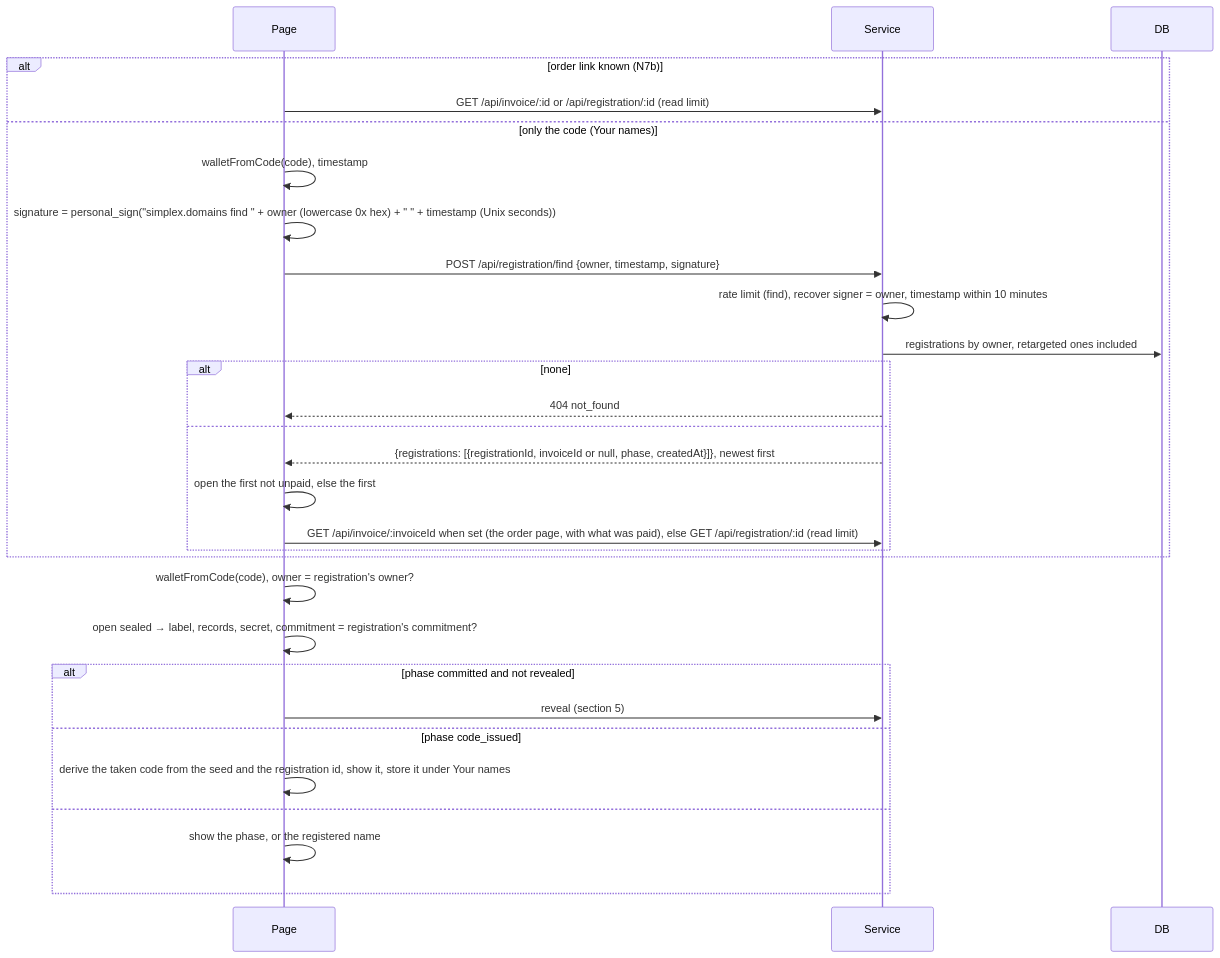
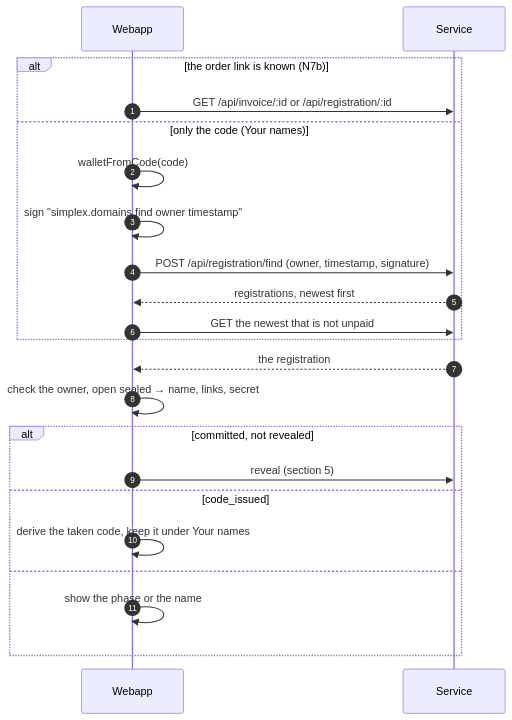
Before and after one commit to simplex-chat/simplex-chat: diagram 16 of 21 in plans/names-codes/2026-10-13-names-sequence.md, drawn with Mermaid. The commit also changed other lines of this file, not shown here.

Commit message:
plans: simpler names sequence diagrams

````diff
--- a/plans/names-codes/2026-10-13-names-sequence.md
+++ b/plans/names-codes/2026-10-13-names-sequence.md
@@ -306,31 +593,24 @@
 ```mermaid
 sequenceDiagram
-  participant Page
-  participant Service
-  participant DB
-  alt order link known (N7b)
-    Page->>Service: GET /api/invoice/:id or /api/registration/:id (read limit)
+  autonumber
+  participant W as Webapp
+  participant S as Service
+  alt the order link is known (N7b)
+    W->>S: GET /api/invoice/:id or /api/registration/:id
   else only the code (Your names)
-    Page->>Page: walletFromCode(code), timestamp
-    Page->>Page: signature = personal_sign("simplex.domains find " + owner (lowercase 0x hex) + " " + timestamp (Unix seconds))
-    Page->>Service: POST /api/registration/find {owner, timestamp, signature}
-    Service->>Service: rate limit (find), recover signer = owner, timestamp within 10 minutes
-    Service->>DB: registrations by owner, retargeted ones included
-    alt none
-      Service-->>Page: 404 not_found
-    else
-      Service-->>Page: {registrations: [{registrationId, invoiceId or null, phase, createdAt}]}, newest first
-      Page->>Page: open the first not unpaid, else the first
-      Page->>Service: GET /api/invoice/:invoiceId when set (the order page, with what was paid), else GET /api/registration/:id (read limit)
-    end
+    W->>W: walletFromCode(code)
+    W->>W: sign "simplex.domains find owner timestamp"
+    W->>S: POST /api/registration/find (owner, timestamp, signature)
+    S-->>W: registrations, newest first
+    W->>S: GET the newest that is not unpaid
   end
-  Page->>Page: walletFromCode(code), owner = registration's owner?
-  Page->>Page: open sealed → label, records, secret, commitment = registration's commitment?
-  alt phase committed and not revealed
-    Page->>Service: reveal (section 5)
-  else phase code_issued
-    Page->>Page: derive the taken code from the seed and the registration id, show it, store it under Your names
+  S-->>W: the registration
+  W->>W: check the owner, open sealed → name, links, secret
+  alt committed, not revealed
+    W->>S: reveal (section 5)
+  else code_issued
+    W->>W: derive the taken code, keep it under Your names
   else
-    Page->>Page: show the phase, or the registered name
+    W->>W: show the phase or the name
   end
 ```
````
